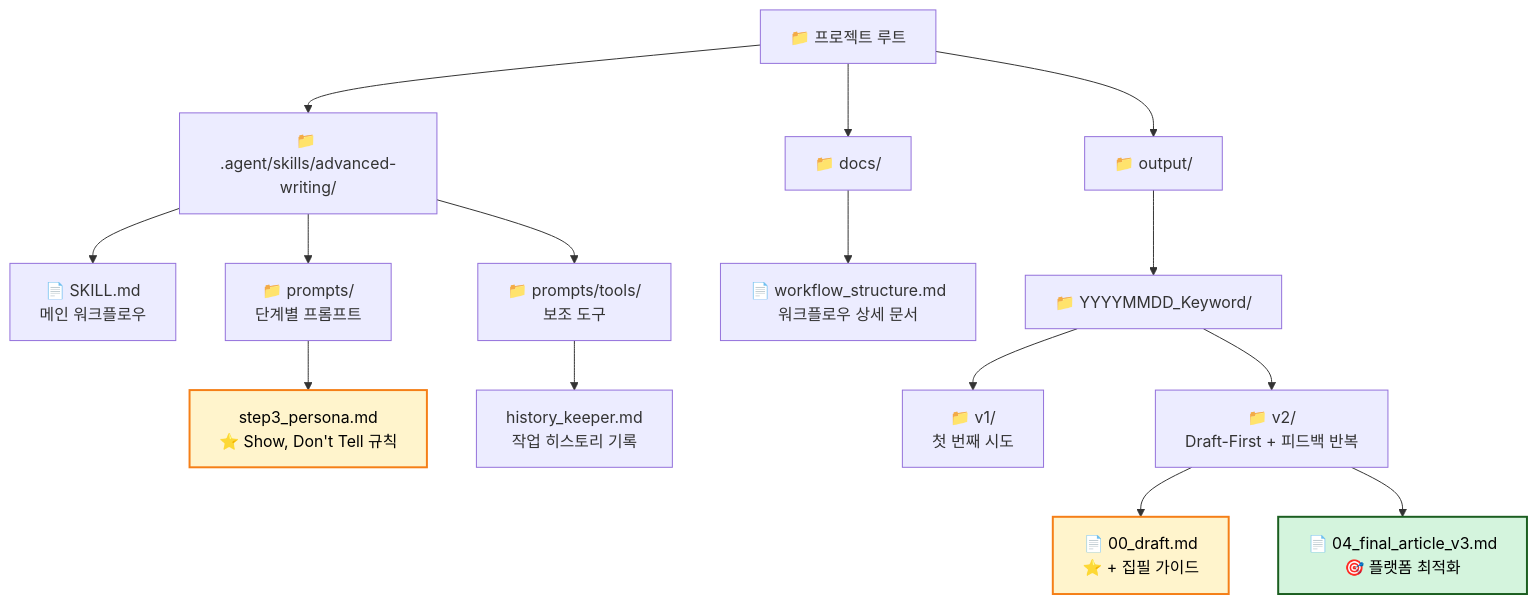
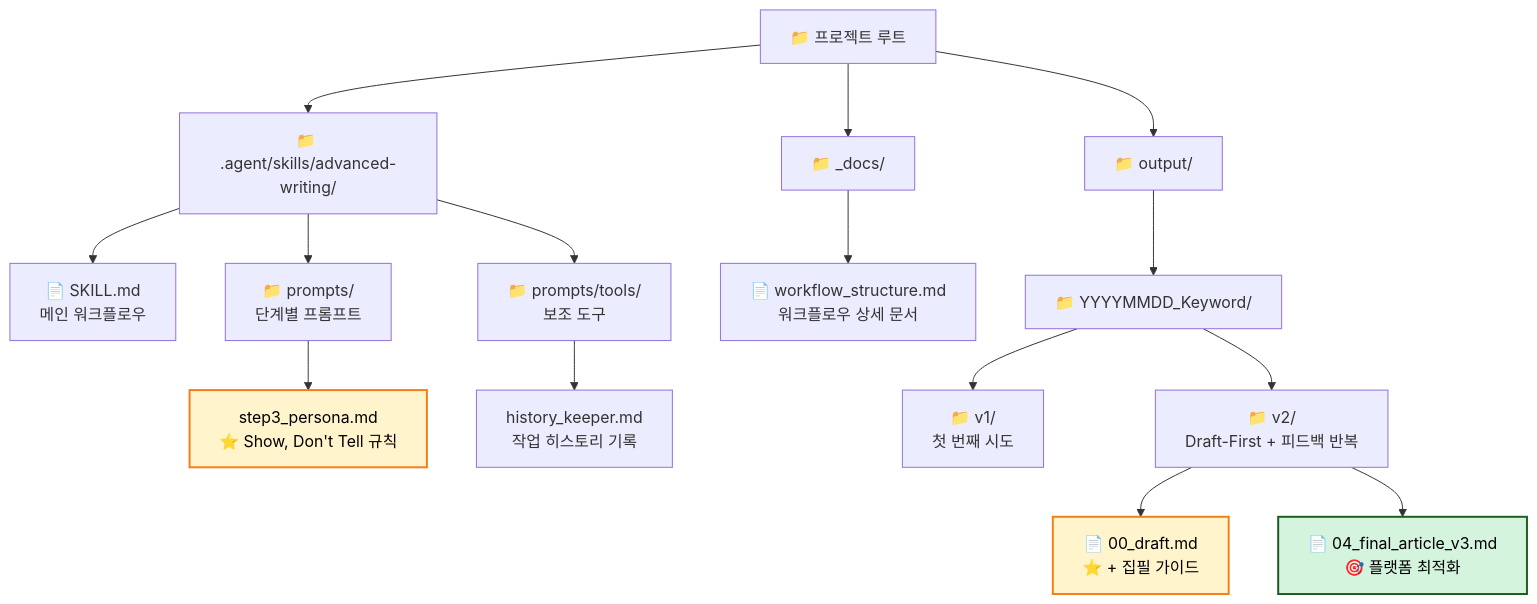
Before and after one commit to ahnbu/sns_writing: the third of 3 diagrams in README.md, drawn with Mermaid. The commit also changed other lines of this file and 5 other files, not shown here.

````diff
--- a/README.md
+++ b/README.md
@@ -93,26 +93,26 @@
 ```mermaid
 graph TD
     Root[📁 프로젝트 루트] --> Agent[📁 .agent/skills/advanced-writing/]
-    Root --> Docs[📁 docs/]
+    Root --> Docs[📁 _docs/]
     Root --> Output[📁 output/]
     
     Agent --> Main[📄 SKILL.md<br/>메인 워크플로우]
     Agent --> Prompts[📁 prompts/<br/>단계별 프롬프트]
     Agent --> Tools[📁 prompts/tools/<br/>보조 도구]
     
     Prompts --> P3[step3_persona.md<br/>⭐ Show, Don't Tell 규칙]
     Tools --> T1[history_keeper.md<br/>작업 히스토리 기록]
     
     Docs --> WF[📄 workflow_structure.md<br/>워크플로우 상세 문서]
     
     Output --> Project[📁 YYYYMMDD_Keyword/]
     Project --> V1[📁 v1/<br/>첫 번째 시도]
     Project --> V2[📁 v2/<br/>Draft-First + 피드백 반복]
     
     V2 --> V2_00[📄 00_draft.md<br/>⭐ + 집필 가이드]
     V2 --> V2_04v3[📄 04_final_article_v3.md<br/>🎯 플랫폼 최적화]
     
     style P3 fill:#fff4cc,stroke:#f57f17,stroke-width:2px,color:#000
     style V2_00 fill:#fff4cc,stroke:#f57f17,stroke-width:2px,color:#000
     style V2_04v3 fill:#d4f4dd,stroke:#1b5e20,stroke-width:2px,color:#000
 ```
````
